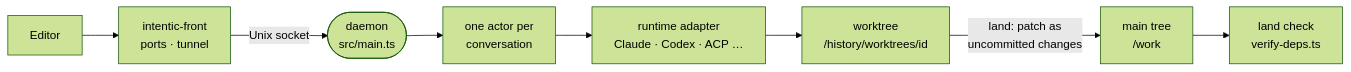
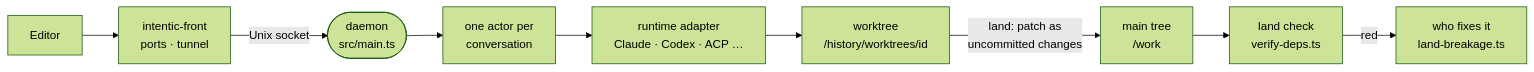
One commit to intentic/intentic changed the diagram in docs/architecture/sandbox.md. Above: the diagram before and after it, drawn with Mermaid (forest theme). The commit also changed other lines of this file and 178 other files, not shown here.

````diff
--- a/docs/architecture/sandbox.md
+++ b/docs/architecture/sandbox.md
@@ -5,10 +5,11 @@
 ```mermaid
 flowchart LR
     editor["Editor"] --> front["intentic-front<br/>ports · tunnel"]
     front -->|"Unix socket"| daemon(["daemon<br/>src/main.ts"])
     daemon --> actor["one actor per<br/>conversation"]
     actor --> runtime["runtime adapter<br/>Claude · Codex · ACP …"]
     runtime --> wt["worktree<br/>/history/worktrees/id"]
     wt -->|"land: patch as<br/>uncommitted changes"| main["main tree<br/>/work"]
     main --> verify["land check<br/>verify-deps.ts"]
+    verify -->|"red"| route["who fixes it<br/>land-breakage.ts"]
 ```
````
